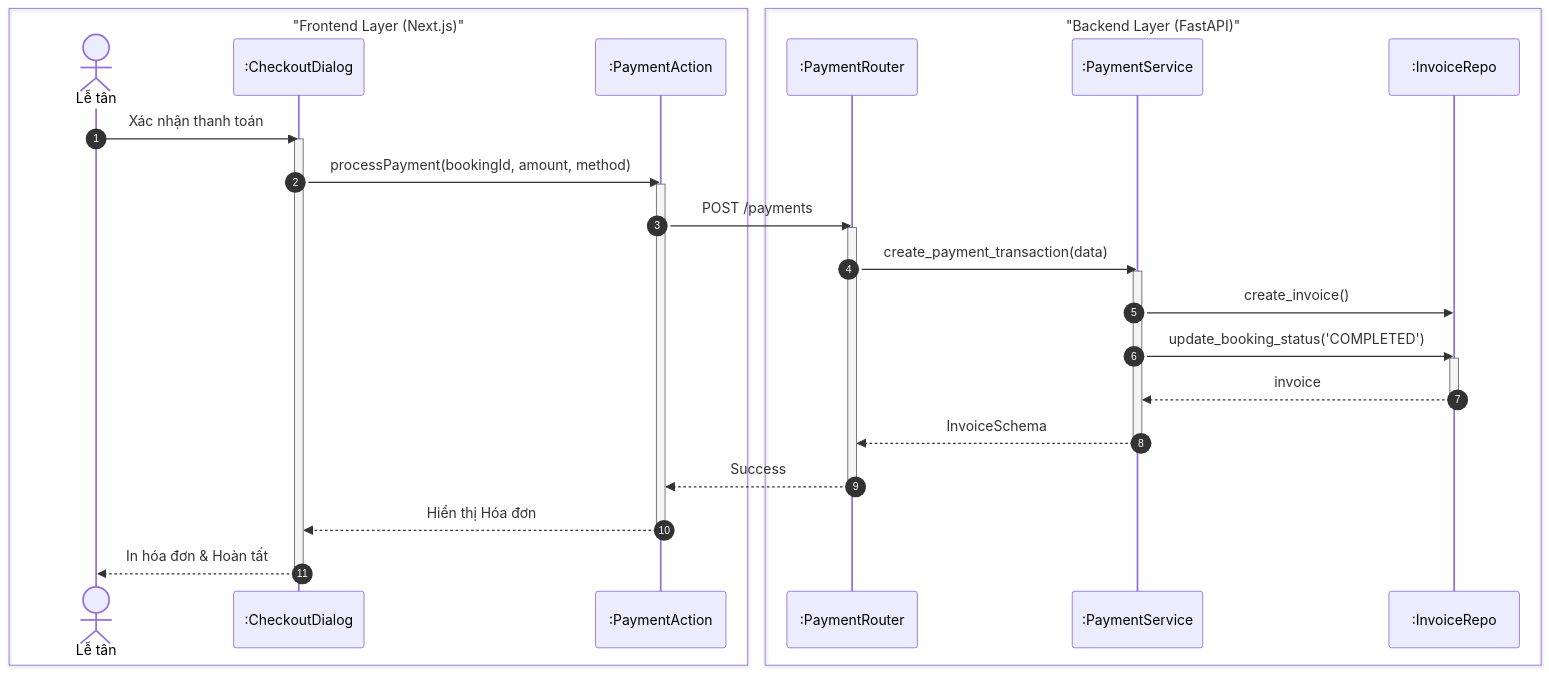
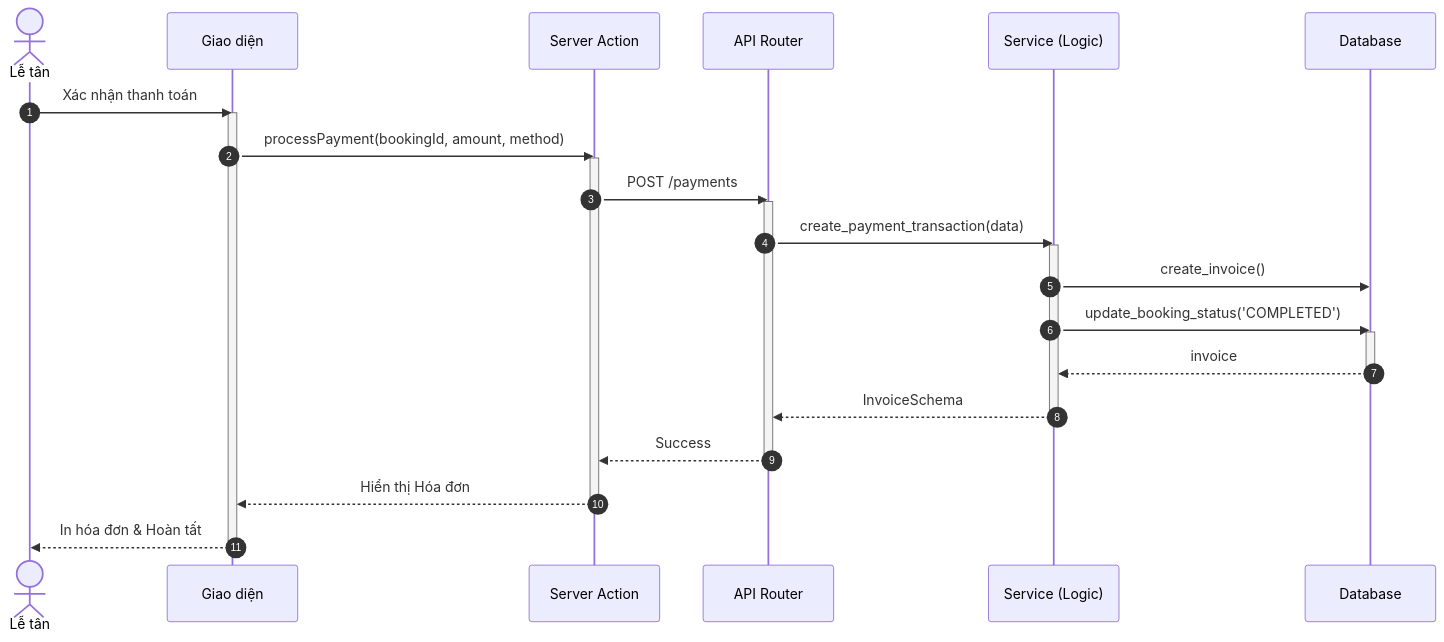
The fourth of 4 diagrams in docs/design/sequences/receptionist_flows.md (ngoctinn/Synapse), drawn with Mermaid before and after one commit. The commit also changed other lines of this file and 4 other files, not shown here.

Commit message:
docs: Add initial sequence diagrams for admin, authentication, customer, receptionist, and technician flows.

````diff
--- a/docs/design/sequences/receptionist_flows.md
+++ b/docs/design/sequences/receptionist_flows.md
@@ -184,44 +169,39 @@
 ```mermaid
 sequenceDiagram
     autonumber
-    box "Frontend Layer (Next.js)"
-        actor LT as Lễ tân
-        participant UI as :CheckoutDialog
-        participant BFF as :PaymentAction
-    end
-
-    box "Backend Layer (FastAPI)"
-        participant API as :PaymentRouter
-        participant S as :PaymentService
-        participant DB as :InvoiceRepo
-    end
+    actor LT as Lễ tân
+    participant UI as Giao diện
+    participant BFF as Server Action
+    participant API as API Router
+    participant S as Service (Logic)
+    participant DB as Database
 
     LT->>UI: Xác nhận thanh toán
     activate UI
     UI->>BFF: processPayment(bookingId, amount, method)
     activate BFF
 
     BFF->>API: POST /payments
     activate API
 
     API->>S: create_payment_transaction(data)
     activate S
 
     S->>DB: create_invoice()
     S->>DB: update_booking_status('COMPLETED')
     activate DB
     DB-->>S: invoice
     deactivate DB
 
     S-->>API: InvoiceSchema
     deactivate S
 
     API-->>BFF: Success
     deactivate API
 
     BFF-->>UI: Hiển thị Hóa đơn
     deactivate BFF
 
     UI-->>LT: In hóa đơn & Hoàn tất
     deactivate UI
 ```
````
